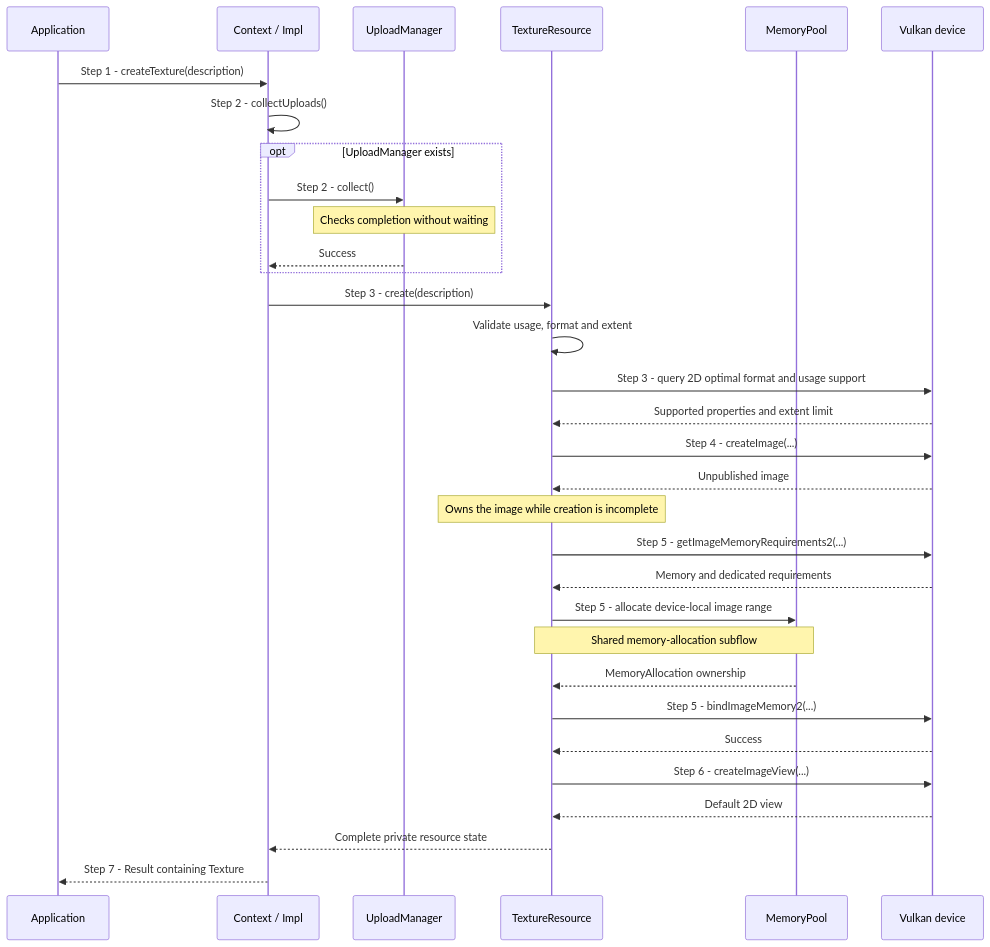
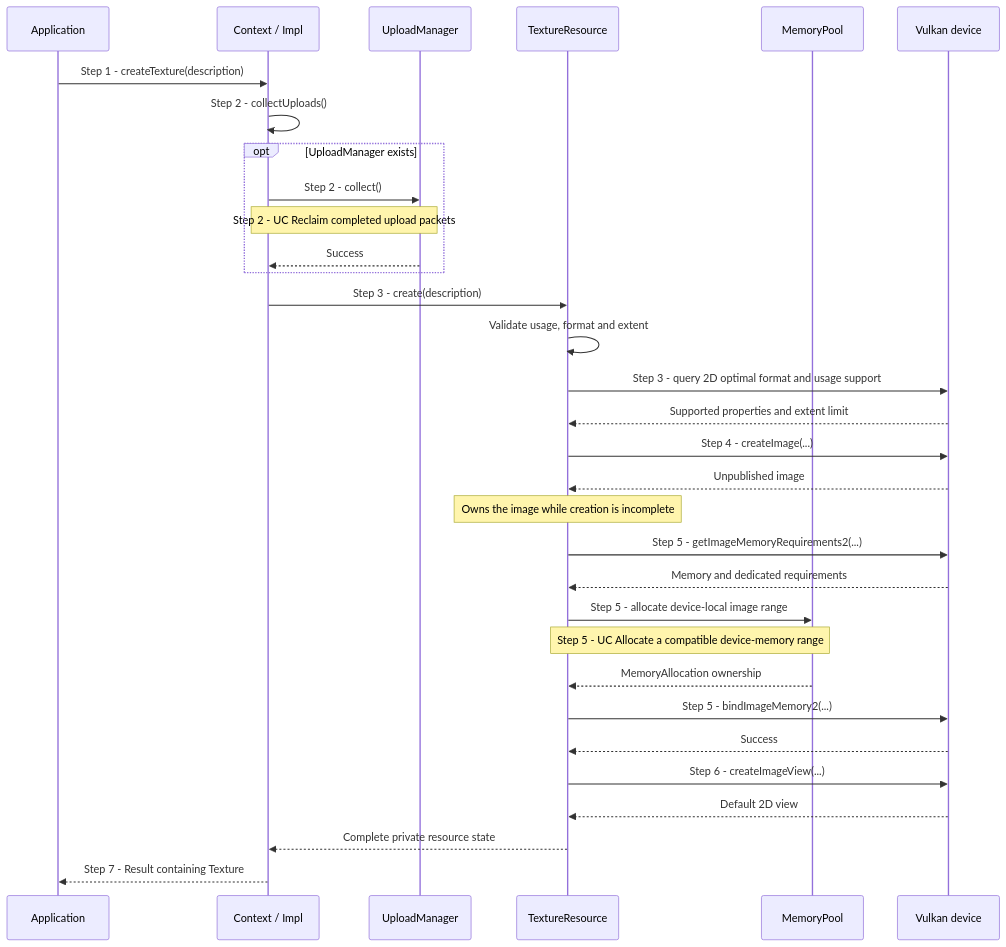
The first of 2 diagrams in docs/use-cases/create-texture.md (a-soltysik/Panda), drawn with Mermaid before and after one commit. The commit also changed other lines of this file and 23 other files, not shown here.

Commit message:
Align use-case references and document shared upload flows (#82)

````diff
--- a/docs/use-cases/create-texture.md
+++ b/docs/use-cases/create-texture.md
@@ -57,34 +55,34 @@
 ```mermaid
 sequenceDiagram
     participant A as Application
     participant C as Context / Impl
     participant U as UploadManager
     participant T as TextureResource
     participant P as MemoryPool
     participant V as Vulkan device
     A ->> C: Step 1 - createTexture(description)
     C ->> C: Step 2 - collectUploads()
     opt UploadManager exists
         C ->> U: Step 2 - collect()
-        Note over U: Checks completion without waiting
+        Note over C,U: Step 2 - UC Reclaim completed upload packets
         U -->> C: Success
     end
     C ->> T: Step 3 - create(description)
     T ->> T: Validate usage, format and extent
     T ->> V: Step 3 - query 2D optimal format and usage support
     V -->> T: Supported properties and extent limit
     T ->> V: Step 4 - createImage(...)
     V -->> T: Unpublished image
     Note over T: Owns the image while creation is incomplete
     T ->> V: Step 5 - getImageMemoryRequirements2(...)
     V -->> T: Memory and dedicated requirements
     T ->> P: Step 5 - allocate device-local image range
-    Note over T,P: Shared memory-allocation subflow
+    Note over T,P: Step 5 - UC Allocate a compatible device-memory range
     P -->> T: MemoryAllocation ownership
     T ->> V: Step 5 - bindImageMemory2(...)
     V -->> T: Success
     T ->> V: Step 6 - createImageView(...)
     V -->> T: Default 2D view
     T -->> C: Complete private resource state
     C -->> A: Step 7 - Result containing Texture
 ```
````
